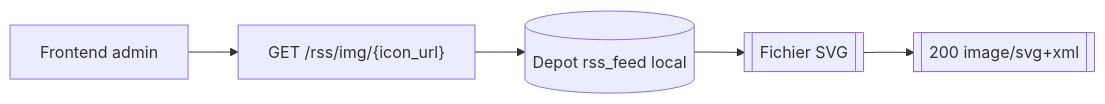
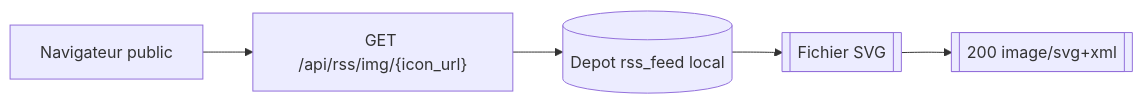
Before and after one commit to Manifeed/docs: the fourth of 4 diagrams in backend/routes/rss.md, drawn with Mermaid. The commit also changed other lines of this file, not shown here.

````diff
--- a/backend/routes/rss.md
+++ b/backend/routes/rss.md
@@ -135,7 +68,7 @@
 ```mermaid
 flowchart LR
-    admin["Frontend admin"] --> route["GET /rss/img/{icon_url}"]
+    public["Navigateur public"] --> route["GET /api/rss/img/{icon_url}"]
     route --> repo[(Depot rss_feed local)]
     repo --> svg[["Fichier SVG"]]
     svg --> response[["200 image/svg+xml"]]
 ```
````
